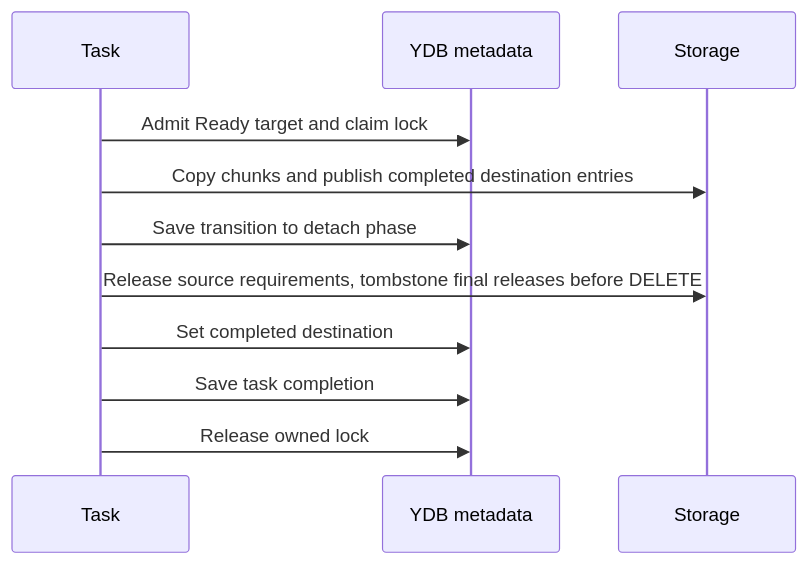
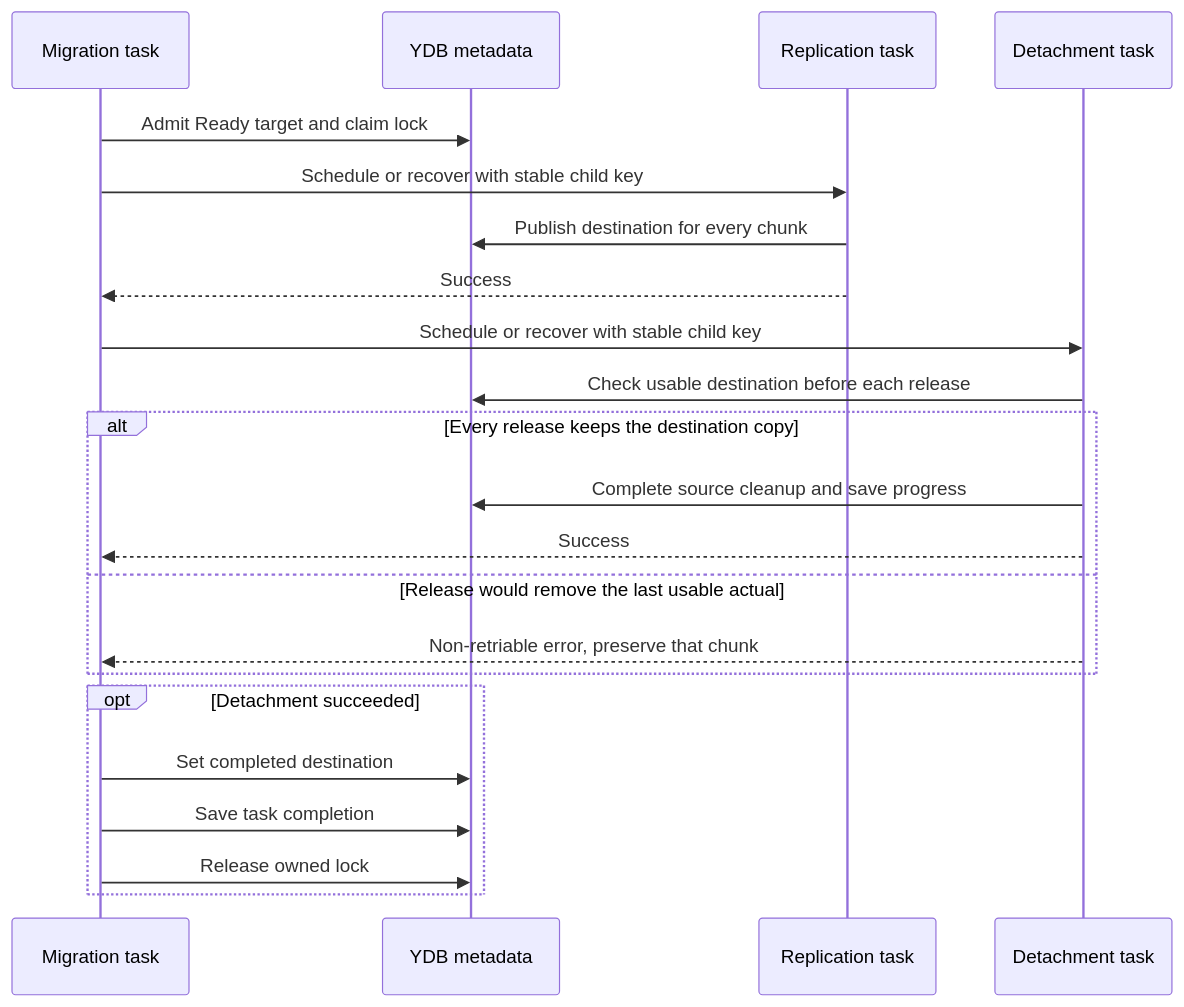
Before and after one commit to ydb-platform/nbs: the eighth of 10 diagrams in doc/disk_manager/chunk_storage/design_doc.md, drawn with Mermaid. The commit also changed other lines of this file, not shown here.

````diff
--- a/doc/disk_manager/chunk_storage/design_doc.md
+++ b/doc/disk_manager/chunk_storage/design_doc.md
@@ -325,13 +342,24 @@
 ```mermaid
 sequenceDiagram
-    participant Task
+    participant Task as Migration task
     participant DB as YDB metadata
-    participant Storage
+    participant Replicate as Replication task
+    participant Detach as Detachment task
     Task->>DB: Admit Ready target and claim lock
-    Task->>Storage: Copy chunks and publish completed destination entries
-    Task->>DB: Save transition to detach phase
-    Task->>Storage: Release source requirements, tombstone final releases before DELETE
+    Task->>Replicate: Schedule or recover with stable child key
+    Replicate->>DB: Publish destination for every chunk
+    Replicate-->>Task: Success
+    Task->>Detach: Schedule or recover with stable child key
+    Detach->>DB: Check usable destination before each release
+    alt Every release keeps the destination copy
+        Detach->>DB: Complete source cleanup and save progress
+        Detach-->>Task: Success
+    else Release would remove the last usable actual
+        Detach-->>Task: Non-retriable error, preserve that chunk
+    end
+    opt Detachment succeeded
     Task->>DB: Set completed destination
     Task->>DB: Save task completion
     Task->>DB: Release owned lock
+    end
 ```
````
